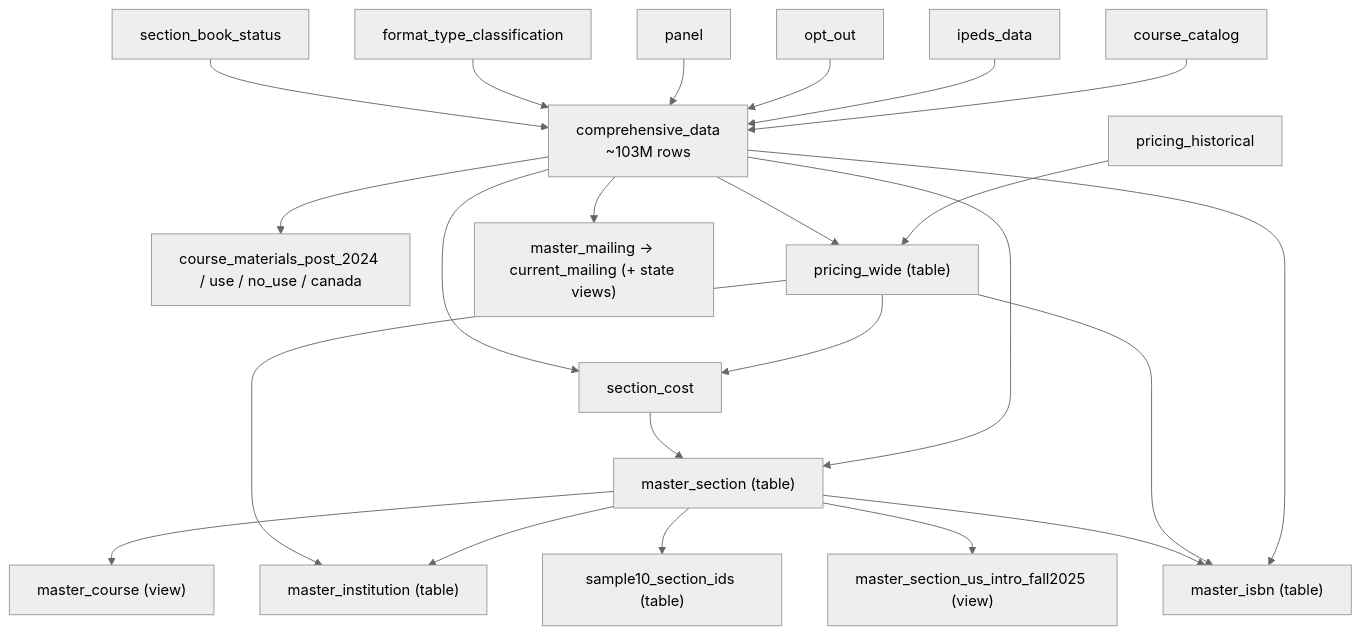
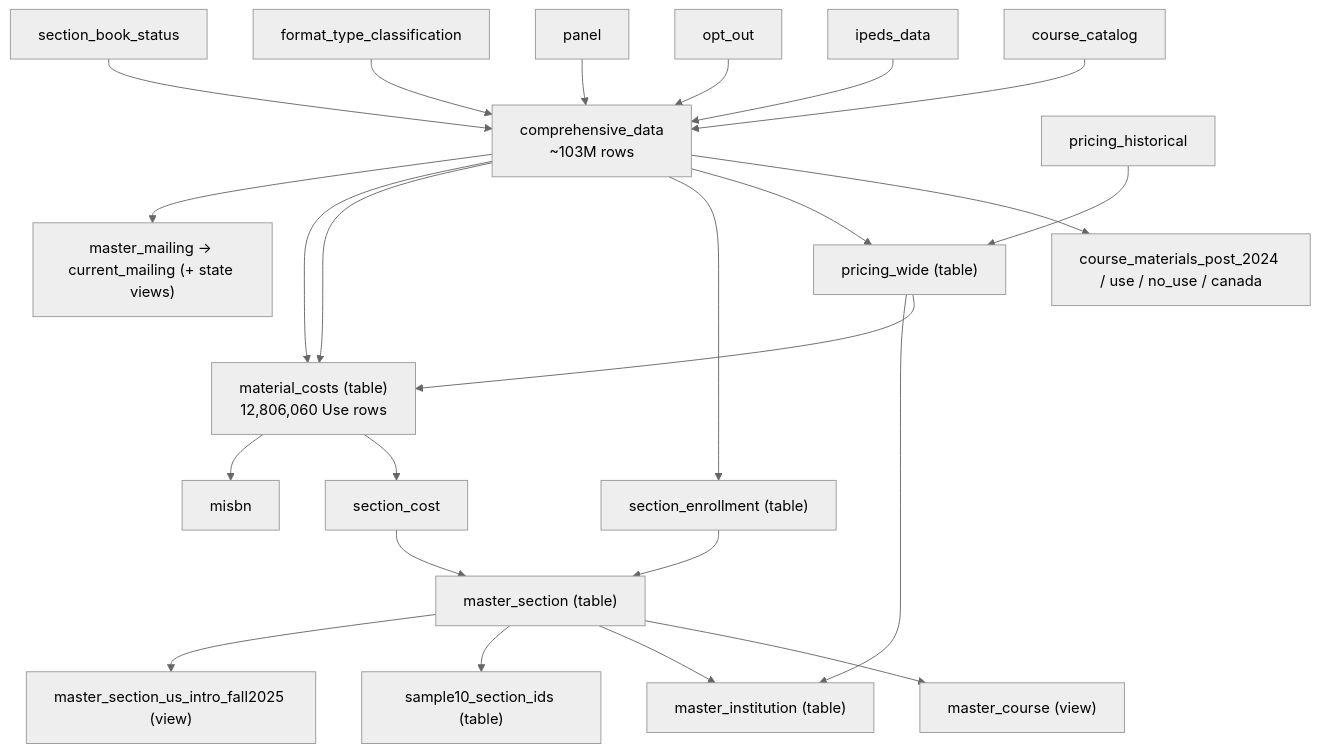
One commit to christopherseaman/commodoreSQL changed the diagram in SCHEMA.md. Above: the diagram before and after it, drawn with Mermaid (neutral theme). The commit also changed other lines of this file and 18 other files, not shown here.

Commit message:
feat: add canonical material cost pipeline

````diff
--- a/SCHEMA.md
+++ b/SCHEMA.md
@@ -95,25 +116,26 @@
 ```mermaid
 flowchart TD
     catalog["course_catalog"] --> cd["comprehensive_data<br/>~103M rows"]
     ipeds["ipeds_data"] --> cd
     optout["opt_out"] --> cd
     panel["panel"] --> cd
     ftc["format_type_classification"] --> cd
     sbs["section_book_status"] --> cd
     cd --> pop["course_materials_post_2024 / use / no_use / canada"]
     pricing["pricing_historical"] --> pw["pricing_wide (table)"]
     cd --> pw
-    cd --> ms["master_section (table)"]
-    pw --> sc["section_cost"]
-    cd --> sc
+    cd --> se["section_enrollment (table)"]
+    cd --> mcst["material_costs (table)<br/>12,806,060 Use rows"]
+    pw --> mcst
+    cd --> mcst
+    mcst --> sc["section_cost"]
+    se --> ms["master_section (table)"]
     sc --> ms
     ms --> mc["master_course (view)"]
     ms --> mi["master_institution (table)"]
-    cd --> misbn["master_isbn (table)"]
     pw --> mi
-    pw --> misbn
-    ms --> misbn
+    mcst --> misbn
     ms --> sample10["sample10_section_ids (table)"]
     ms --> usv["master_section_us_intro_fall2025 (view)"]
     cd --> mm["master_mailing → current_mailing (+ state views)"]
 ```
````
